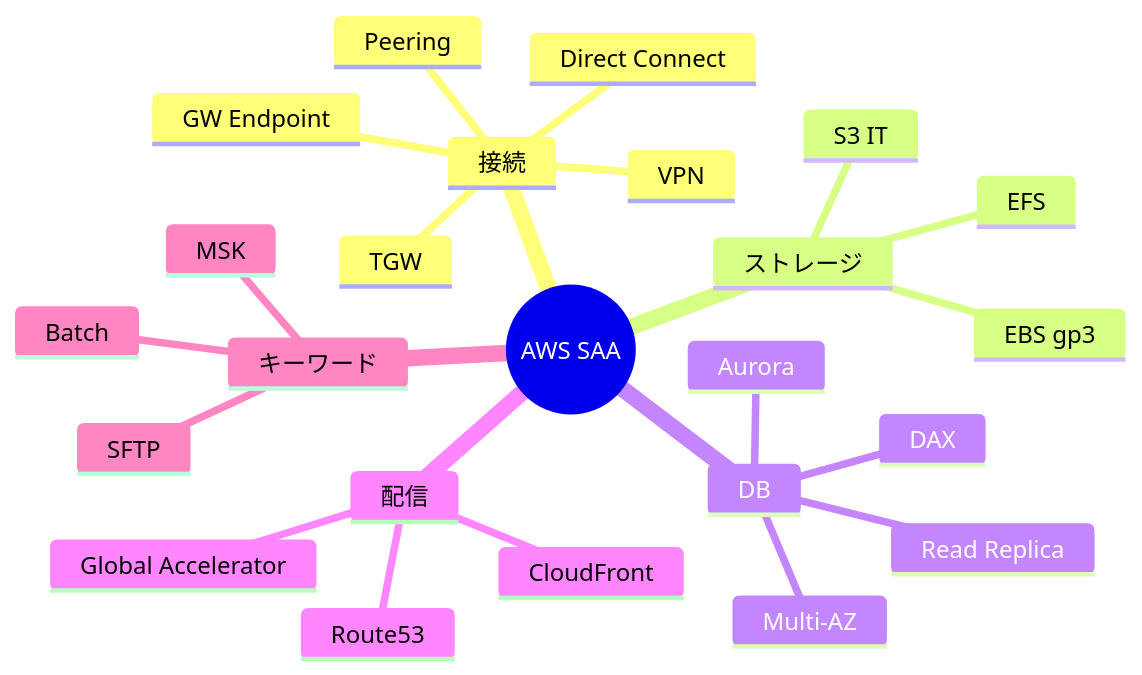
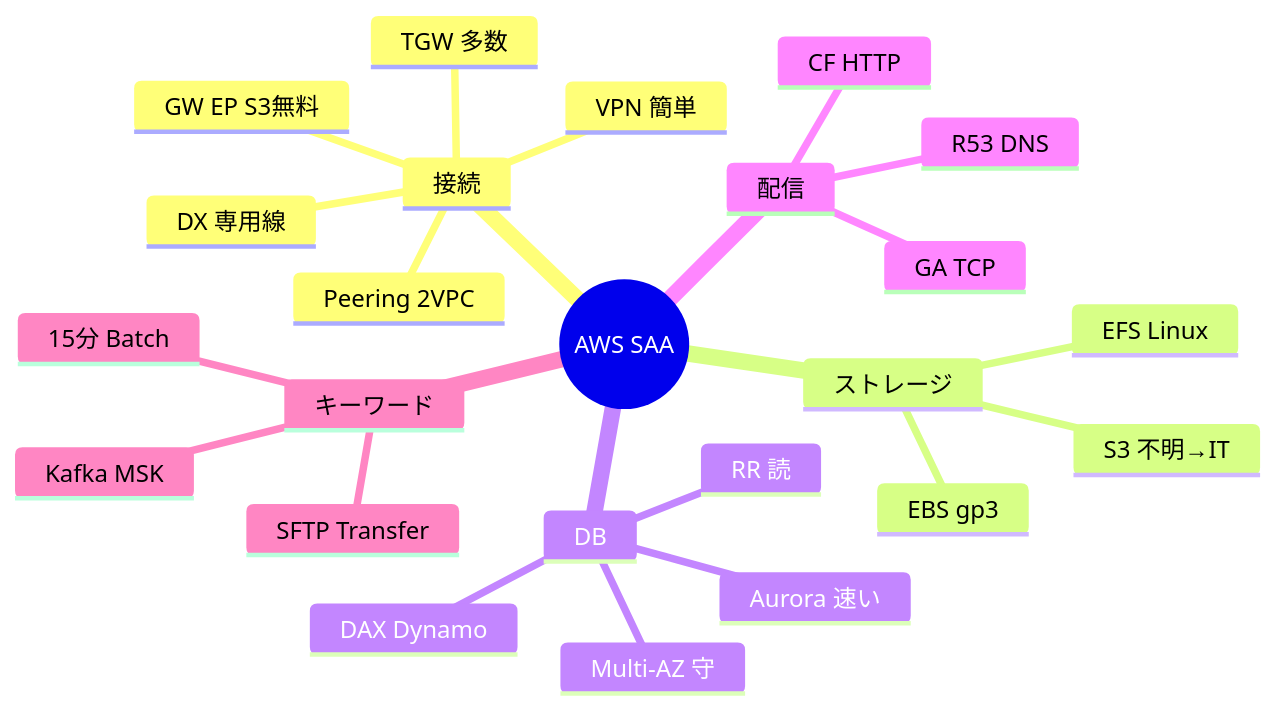
The diagram in aws-saa/メモリツリー-AWS-SAA.md (oomi0704/TIL), drawn with Mermaid before and after one commit. The commit also changed other lines of this file and 1 other file, not shown here.

````diff
--- a/aws-saa/メモリツリー-AWS-SAA.md
+++ b/aws-saa/メモリツリー-AWS-SAA.md
@@ -791,27 +529,27 @@
 ```mermaid
 mindmap
   root((AWS SAA))
     接続
-      VPN
-      Direct Connect
-      Peering
-      TGW
-      GW Endpoint
+      VPN 簡単
+      DX 専用線
+      Peering 2VPC
+      TGW 多数
+      GW EP S3無料
     ストレージ
-      S3 IT
+      S3 不明→IT
       EBS gp3
-      EFS
+      EFS Linux
     DB
-      Aurora
-      Multi-AZ
-      Read Replica
-      DAX
+      Aurora 速い
+      Multi-AZ 守
+      RR 読
+      DAX Dynamo
     配信
-      Route53
-      CloudFront
-      Global Accelerator
+      R53 DNS
+      CF HTTP
+      GA TCP
     キーワード
-      SFTP
-      MSK
-      Batch
+      SFTP Transfer
+      Kafka MSK
+      15分 Batch
 ```
````
